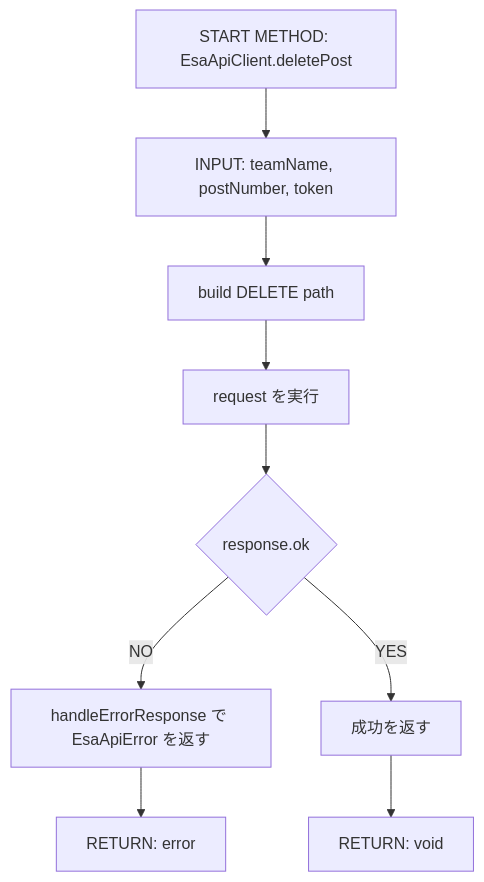
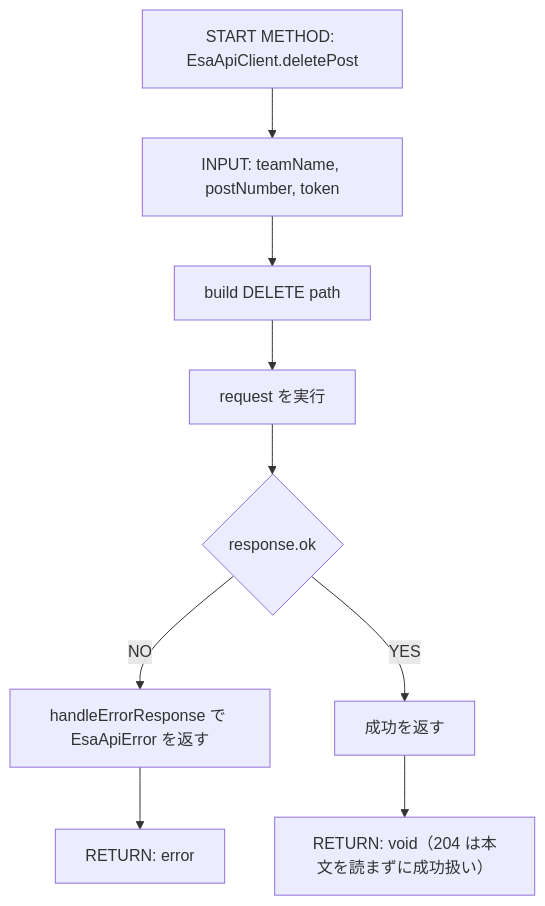
Before and after one commit to LevelCapCoJapanTools/vscode_esa_explorer: the fifth of 6 diagrams in .github/copilot/plans/16-post-delete.md, drawn with Mermaid. The commit also changed other lines of this file, not shown here.

````diff
--- a/.github/copilot/plans/16-post-delete.md
+++ b/.github/copilot/plans/16-post-delete.md
@@ -360,11 +364,11 @@
 ```mermaid
 flowchart TD
     A[START METHOD: EsaApiClient.deletePost] --> B[INPUT: teamName, postNumber, token]
     B --> C[build DELETE path]
     C --> D[request を実行]
     D --> E{response.ok}
     E -->|NO| F[handleErrorResponse で EsaApiError を返す]
     E -->|YES| G[成功を返す]
-    G --> H[RETURN: void]
+    G --> H[RETURN: void（204 は本文を読まずに成功扱い）]
     F --> I[RETURN: error]
 ```
````
